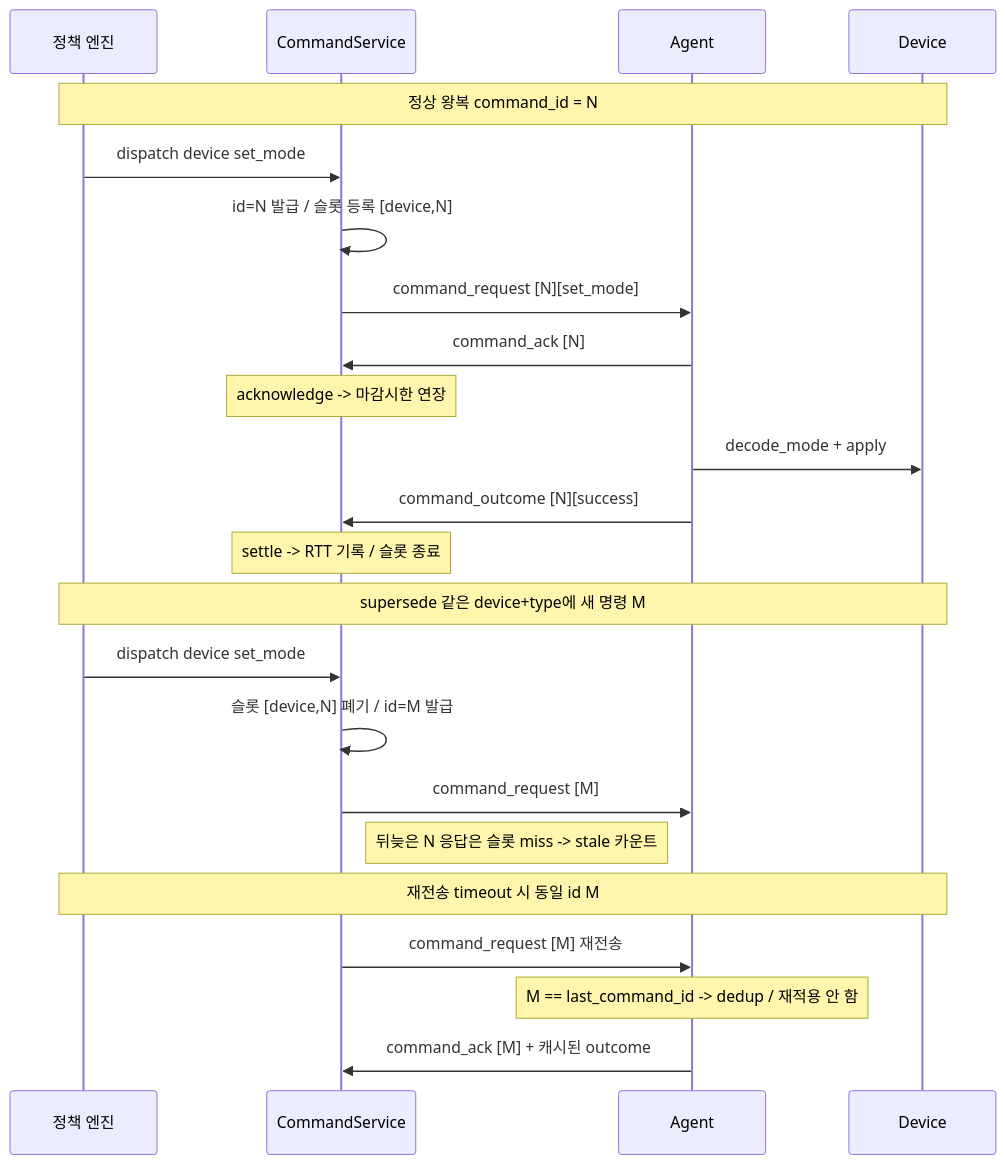
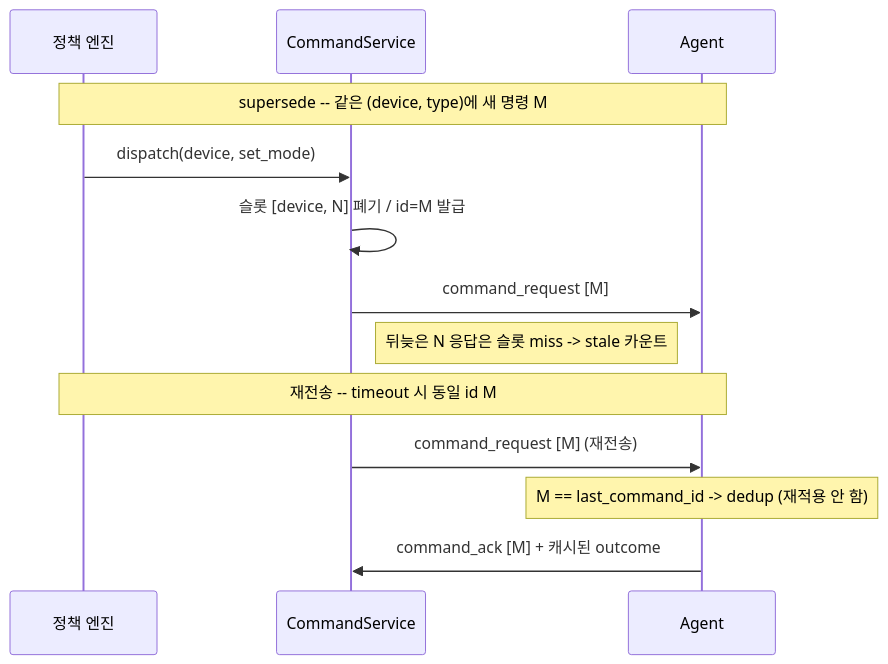
The eighth of 10 diagrams in docs/ARCHITECTURE.md (dnlfis42/ddcs), drawn with Mermaid before and after one commit. The commit also changed other lines of this file and 13 other files, not shown here.

````diff
--- a/docs/ARCHITECTURE.md
+++ b/docs/ARCHITECTURE.md
@@ -353,25 +322,15 @@
 ```mermaid
 sequenceDiagram
   participant POL as 정책 엔진
   participant CS as CommandService
   participant AG as Agent
-  participant DEV as Device
-  Note over POL,DEV: 정상 왕복 command_id = N
-  POL->>CS: dispatch device set_mode
-  CS->>CS: id=N 발급 / 슬롯 등록 [device,N]
-  CS->>AG: command_request [N][set_mode]
-  AG->>CS: command_ack [N]
-  Note over CS: acknowledge -> 마감시한 연장
-  AG->>DEV: decode_mode + apply
-  AG->>CS: command_outcome [N][success]
-  Note over CS: settle -> RTT 기록 / 슬롯 종료
-  Note over POL,DEV: supersede 같은 device+type에 새 명령 M
-  POL->>CS: dispatch device set_mode
-  CS->>CS: 슬롯 [device,N] 폐기 / id=M 발급
+  Note over POL,AG: supersede -- 같은 (device, type)에 새 명령 M
+  POL->>CS: dispatch(device, set_mode)
+  CS->>CS: 슬롯 [device, N] 폐기 / id=M 발급
   CS->>AG: command_request [M]
   Note right of CS: 뒤늦은 N 응답은 슬롯 miss -> stale 카운트
-  Note over POL,DEV: 재전송 timeout 시 동일 id M
-  CS->>AG: command_request [M] 재전송
-  Note over AG: M == last_command_id -> dedup / 재적용 안 함
+  Note over POL,AG: 재전송 -- timeout 시 동일 id M
+  CS->>AG: command_request [M] (재전송)
+  Note over AG: M == last_command_id -> dedup (재적용 안 함)
   AG->>CS: command_ack [M] + 캐시된 outcome
 ```
````
